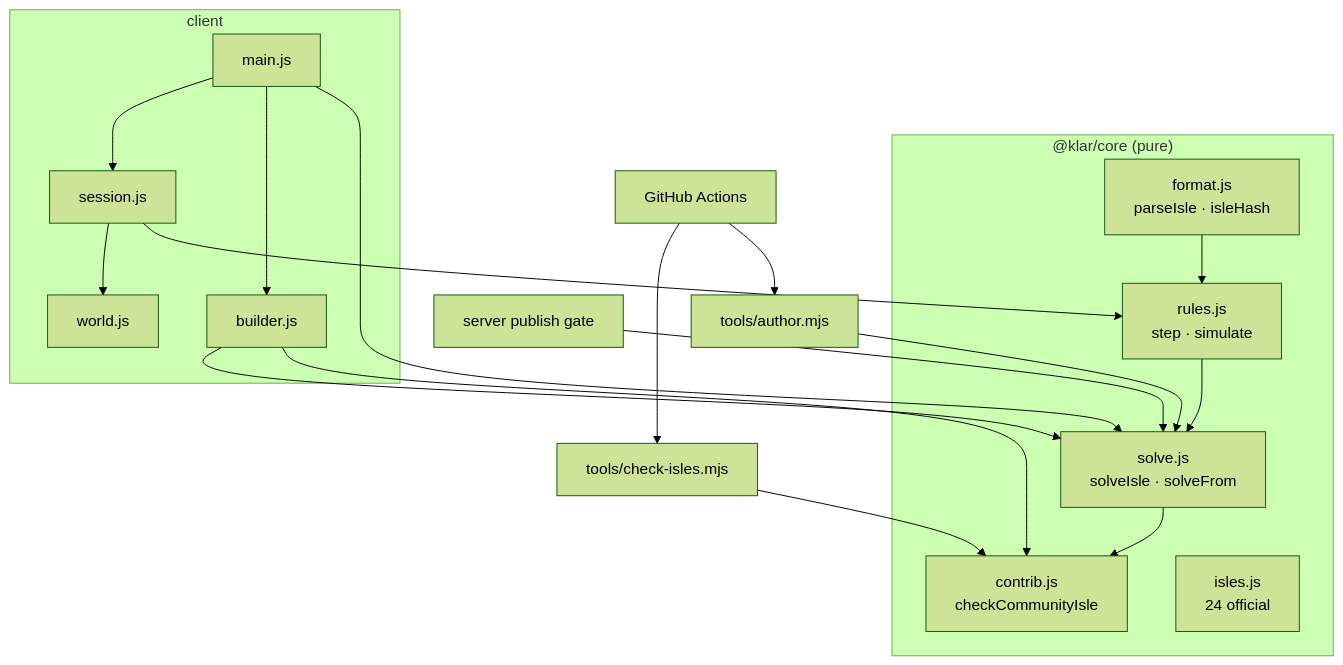
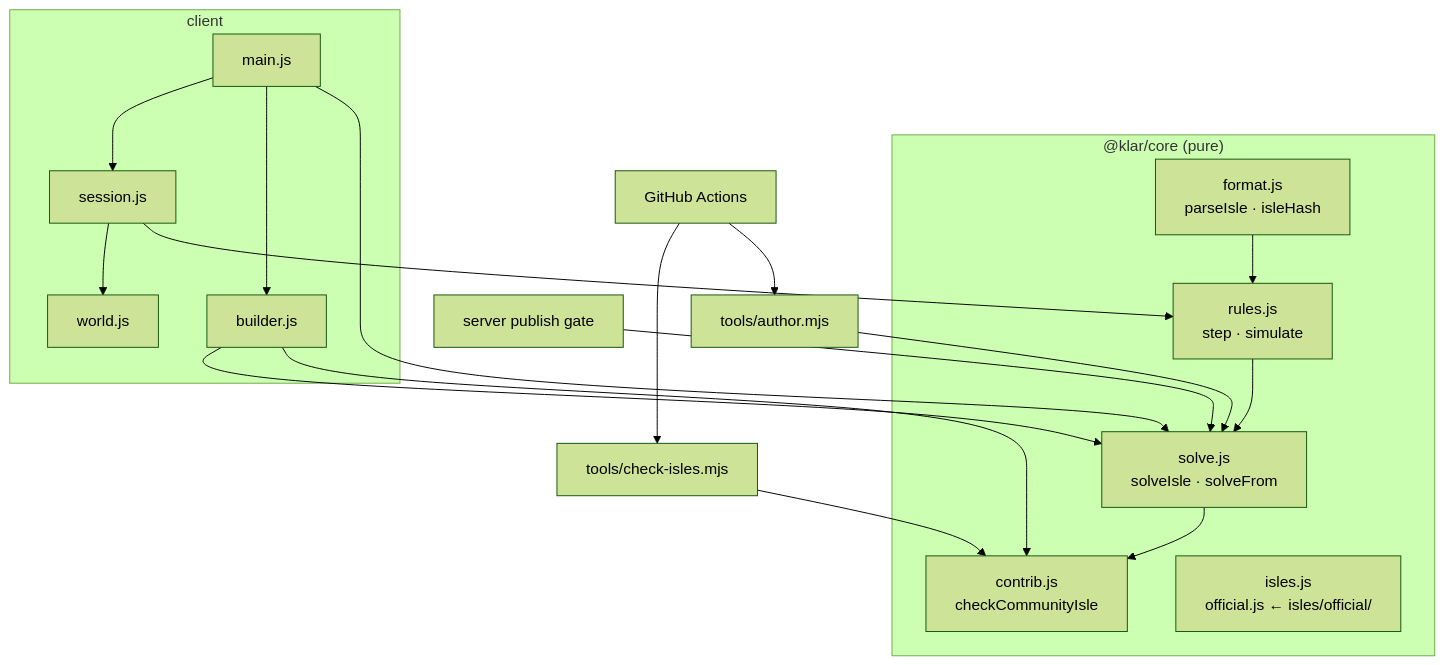
Before and after one commit to TanmoyP/klarbase: the diagram in ENGINEERING.md, drawn with Mermaid (forest theme). The commit also changed other lines of this file and 4 other files, not shown here.

Commit message:
docs: official isles as JSON files — CLAUDE.md, ENGINEERING §2/§5/§13, isles/README, AGENTS, isle-smith

````diff
--- a/ENGINEERING.md
+++ b/ENGINEERING.md
@@ -82,22 +83,22 @@
 ```mermaid
 graph TD
   subgraph core["@klar/core (pure)"]
     F[format.js<br/>parseIsle · isleHash] --> R[rules.js<br/>step · simulate]
     R --> S[solve.js<br/>solveIsle · solveFrom]
     S --> C[contrib.js<br/>checkCommunityIsle]
-    I[isles.js<br/>24 official]
+    I[isles.js<br/>official.js ← isles/official/]
   end
   subgraph client
     M[main.js] --> SE[session.js] --> W[world.js]
     M --> B[builder.js]
   end
   SE --> R
   B --> S
   B --> C
   M --> S
   SRV[server publish gate] --> S
   CHK[tools/check-isles.mjs] --> C
   AUT[tools/author.mjs] --> S
   CI[GitHub Actions] --> CHK
   CI --> AUT
 ```
````
